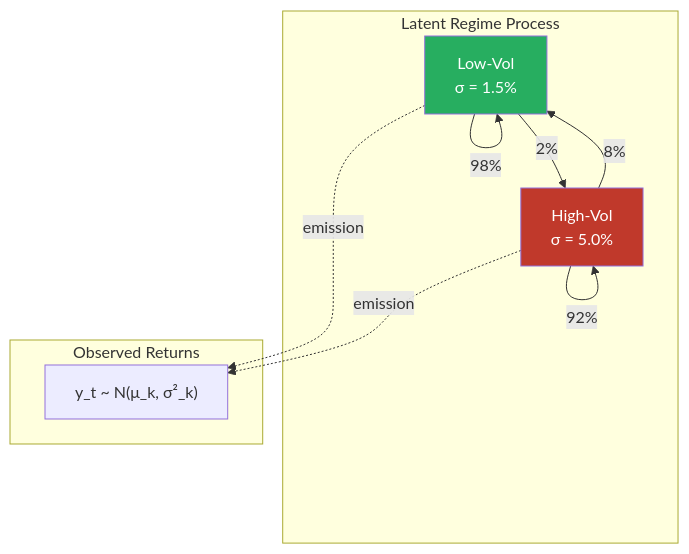
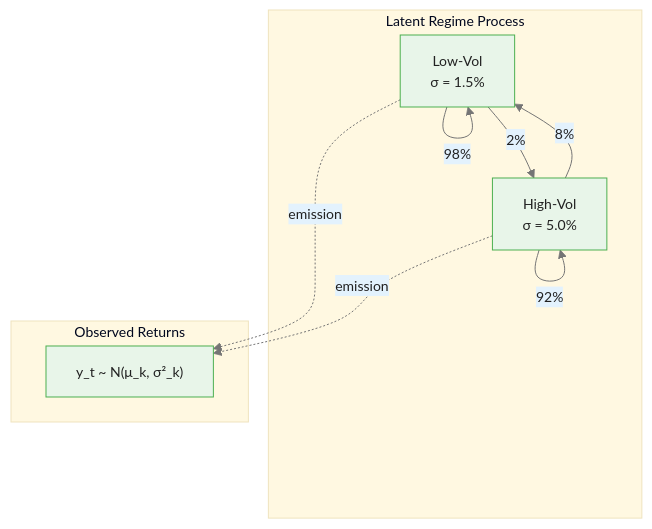
One commit to m-deane/course-creator changed the first of 4 diagrams in courses/bayesian-commodity-forecasting/modules/module_07_regime_switching/guides/03_regime_switching_volatility_slides.md. Above: the diagram before and after it, drawn with Mermaid. The commit also changed other lines of this file and 104 other files, not shown here.

````diff
--- a/courses/bayesian-commodity-forecasting/modules/module_07_regime_switching/guides/03_regime_switching_volatility_slides.md
+++ b/courses/bayesian-commodity-forecasting/modules/module_07_regime_switching/guides/03_regime_switching_volatility_slides.md
@@ -47,16 +55,15 @@
 ```mermaid
+%%{init: {"theme": "base", "themeVariables": {"primaryColor": "#e8f5e9", "primaryBorderColor": "#4caf50", "primaryTextColor": "#212121", "secondaryColor": "#e3f2fd", "tertiaryColor": "#fff8e1", "lineColor": "#757575", "fontFamily": "Inter, sans-serif", "fontSize": "14px"}}}%%
 flowchart TD
     subgraph Regimes["Latent Regime Process"]
         R1["Low-Vol\nσ = 1.5%"] -->|"2%"| R2["High-Vol\nσ = 5.0%"]
         R2 -->|"8%"| R1
         R1 -->|"98%"| R1
         R2 -->|"92%"| R2
     end
     subgraph Observations["Observed Returns"]
         Y["y_t ~ N(μ_k, σ²_k)"]
     end
     R1 -.->|"emission"| Y
     R2 -.->|"emission"| Y
-    style R1 fill:#27ae60,color:#fff
-    style R2 fill:#c0392b,color:#fff
 ```
````
